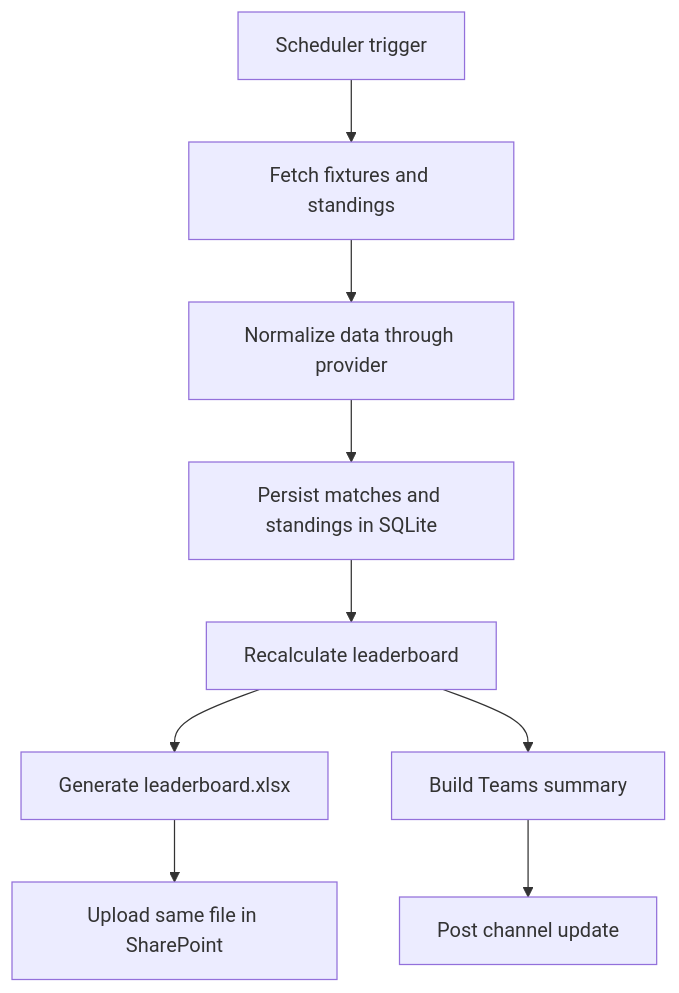
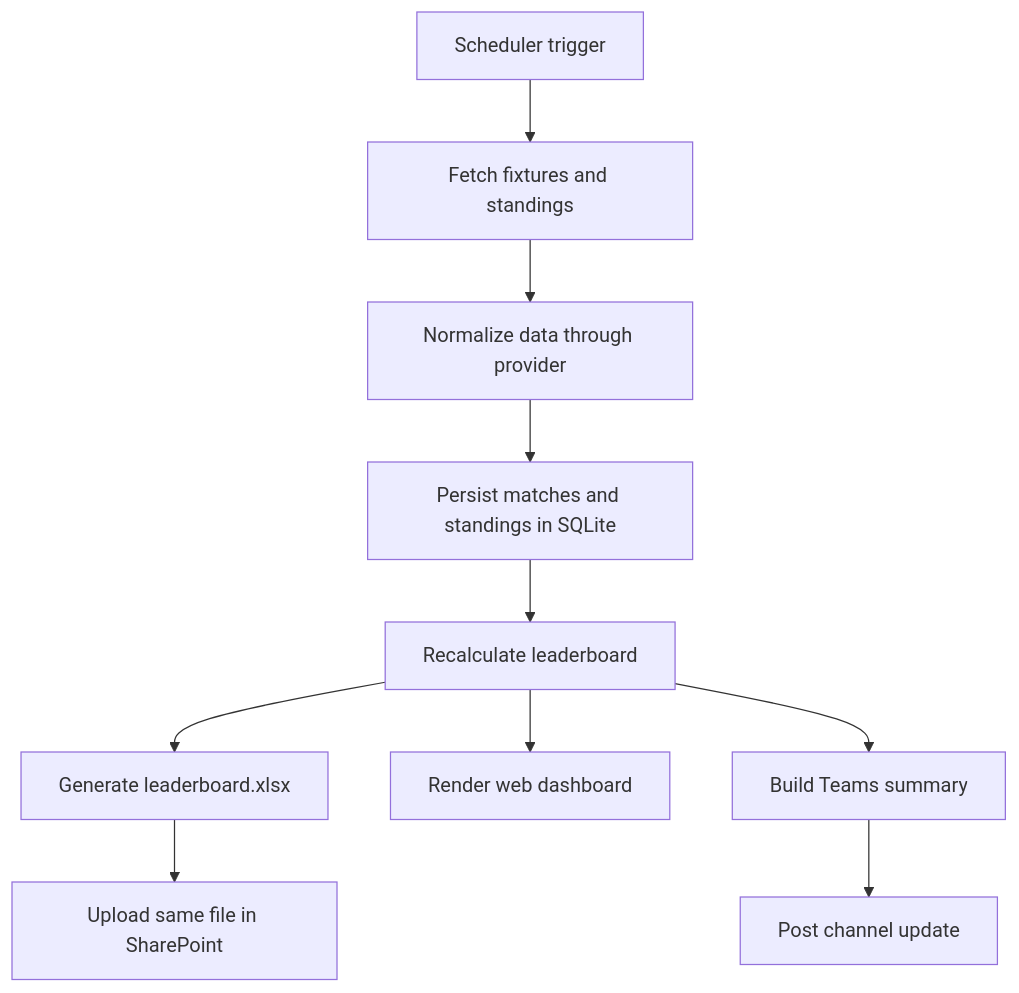
One commit to lucius-aiden/world-cup-sweepstake changed the diagram in README.md. Above: the diagram before and after it, drawn with Mermaid. The commit also changed other lines of this file and 16 other files, not shown here.

````diff
--- a/README.md
+++ b/README.md
@@ -51,11 +56,12 @@
 ```mermaid
 flowchart TD
     A[Scheduler trigger] --> B[Fetch fixtures and standings]
     B --> C[Normalize data through provider]
     C --> D[Persist matches and standings in SQLite]
     D --> E[Recalculate leaderboard]
     E --> F[Generate leaderboard.xlsx]
+    E --> J[Render web dashboard]
     F --> G[Upload same file in SharePoint]
     E --> H[Build Teams summary]
     H --> I[Post channel update]
 ```
````
